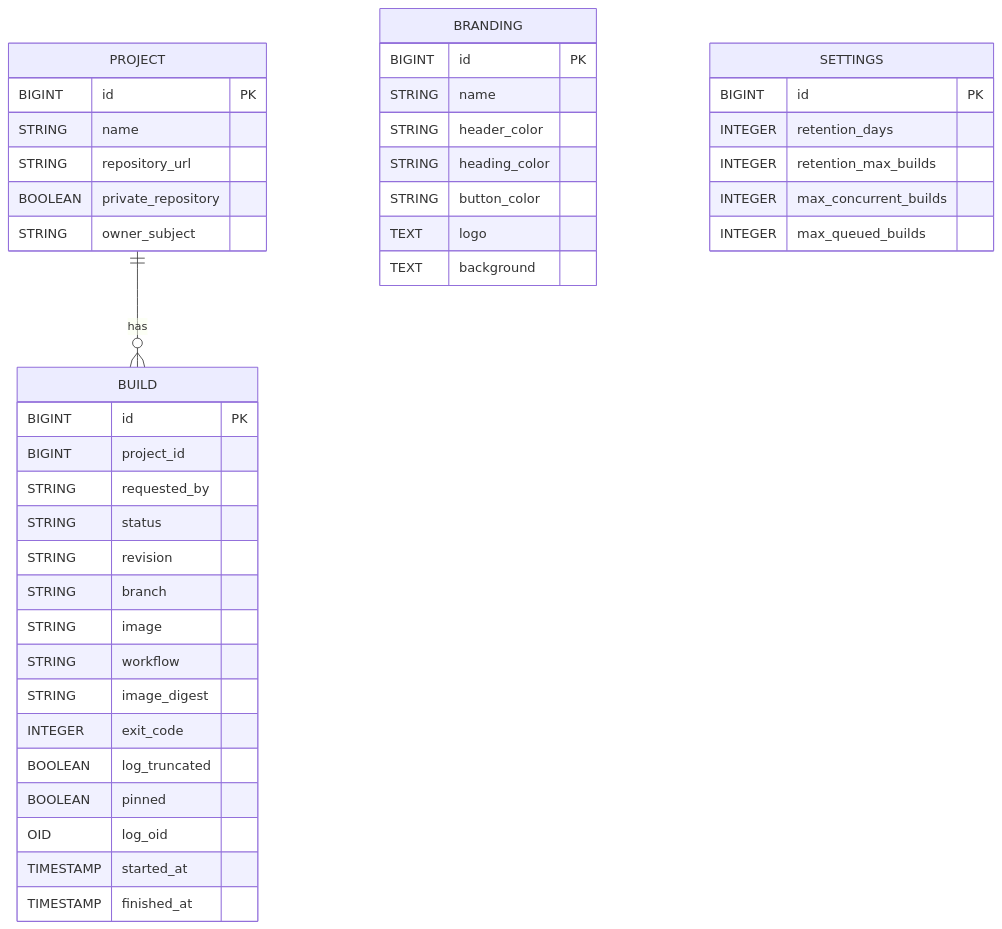
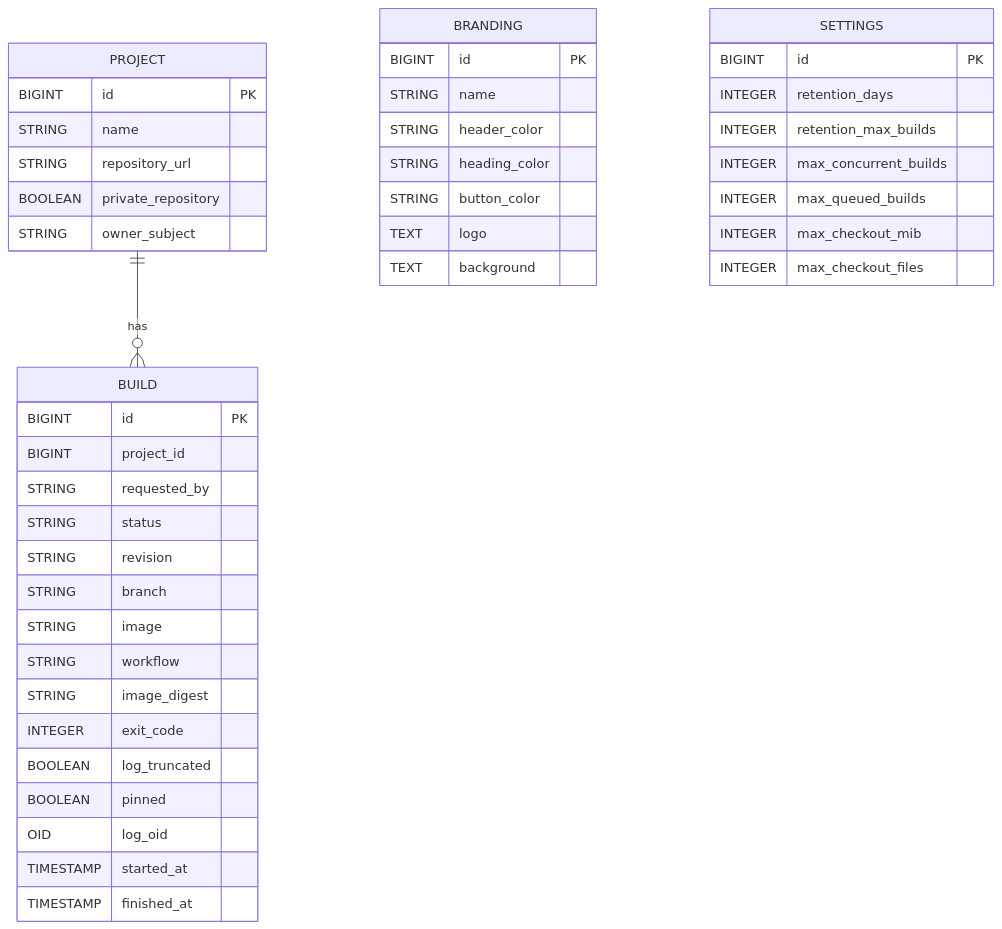
One commit to Mohamed-Alkafory/cisys changed the diagram in docs/entity-diagram.md. Above: the diagram before and after it, drawn with Mermaid. The commit also changed 16 other files, not shown here.

````diff
--- a/docs/entity-diagram.md
+++ b/docs/entity-diagram.md
@@ -5,48 +5,50 @@
 ```mermaid
 erDiagram
     PROJECT {
         BIGINT id PK
         STRING name
         STRING repository_url
         BOOLEAN private_repository
         STRING owner_subject
     }
 
     BUILD {
         BIGINT id PK
         BIGINT project_id
         STRING requested_by
         STRING status
         STRING revision
         STRING branch
         STRING image
         STRING workflow
         STRING image_digest
         INTEGER exit_code
         BOOLEAN log_truncated
         BOOLEAN pinned
         OID log_oid
         TIMESTAMP started_at
         TIMESTAMP finished_at
     }
 
     BRANDING {
         BIGINT id PK
         STRING name
         STRING header_color
         STRING heading_color
         STRING button_color
         TEXT logo
         TEXT background
     }
 
     SETTINGS {
         BIGINT id PK
         INTEGER retention_days
         INTEGER retention_max_builds
         INTEGER max_concurrent_builds
         INTEGER max_queued_builds
+        INTEGER max_checkout_mib
+        INTEGER max_checkout_files
     }
 
     PROJECT ||--o{ BUILD : has
 ```
````
